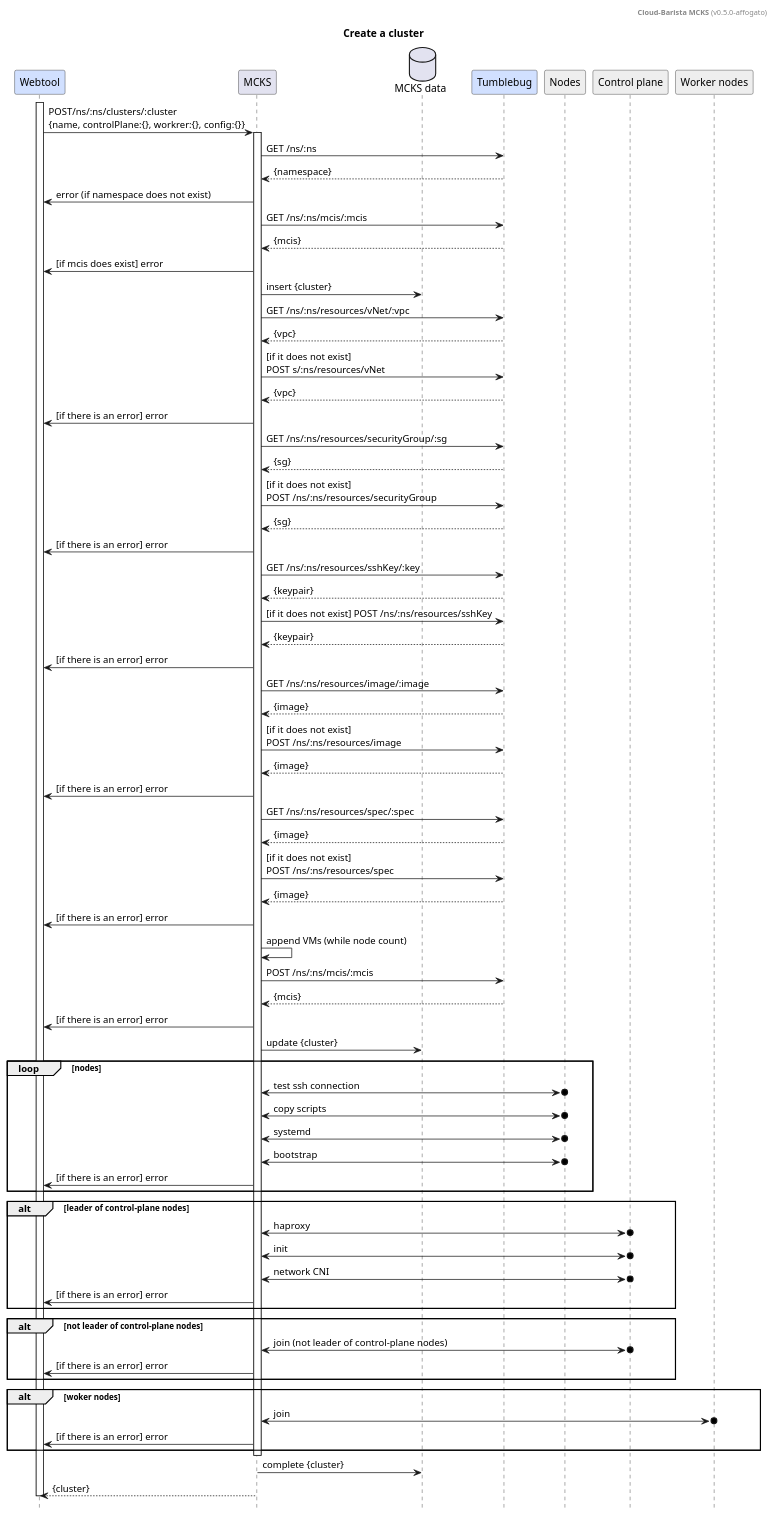
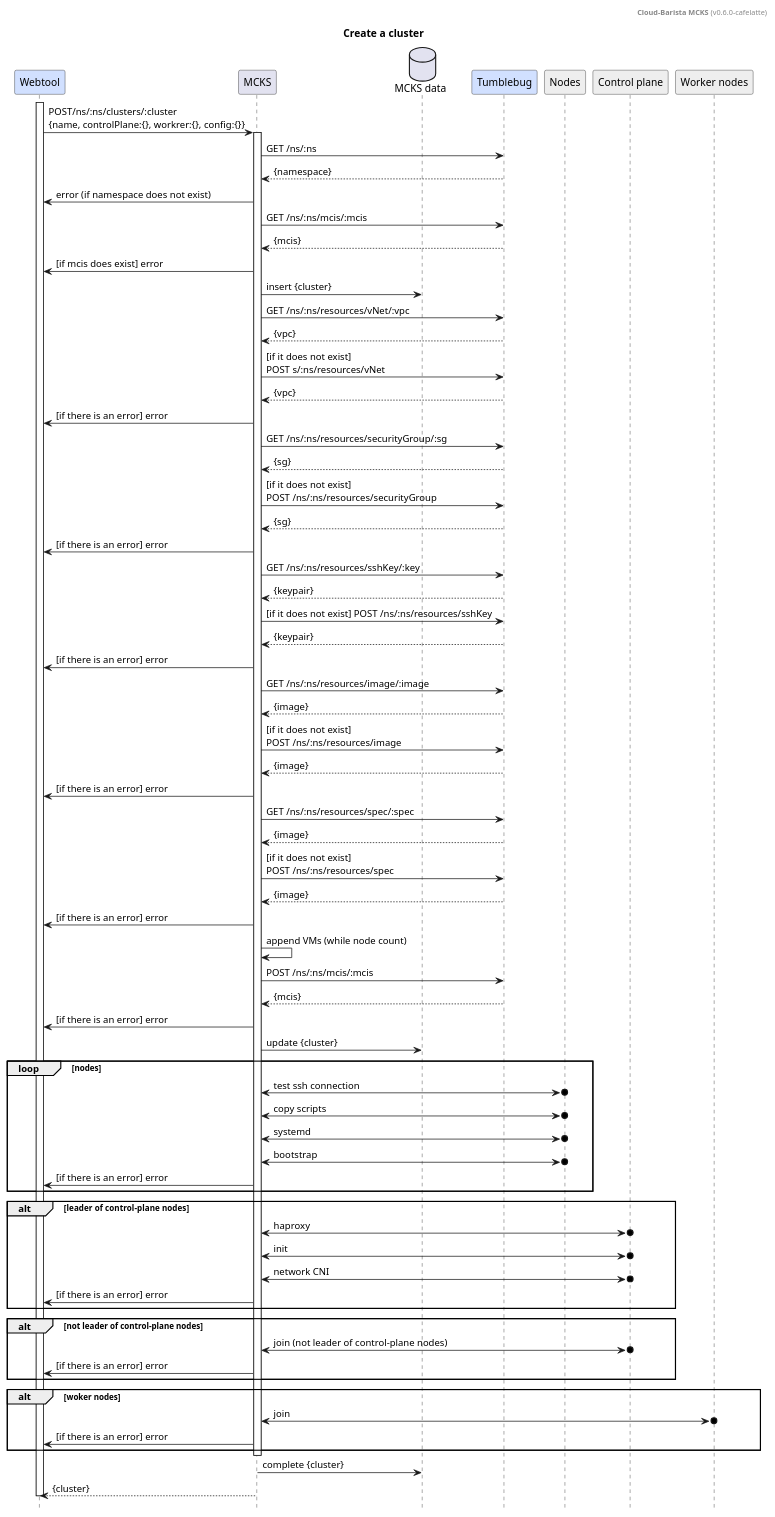
One commit to cloud-barista/cloud-barista changed the diagram in cb-mcks/docs/design/cluster-create.puml. Above: the diagram before and after it, drawn with PlantUML. The commit also changed 1166 other files, not shown here.

Commit message:
Release Cloud-Barista v0.6.0

```diff
--- a/cb-mcks/docs/design/cluster-create.puml
+++ b/cb-mcks/docs/design/cluster-create.puml
@@ -1,122 +1,122 @@
 @startuml
 
-header **Cloud-Barista MCKS** (v0.5.0-affogato)
+header **Cloud-Barista MCKS** (v0.6.0-cafelatte)
 title Create a cluster
 hide footbox
 
 participant	"Webtool"		as webtool		#d1e0ff
 
 participant	"MCKS"		as provider
 database	"MCKS data"	as db
 
 participant	"Tumblebug"		as tumblebug	#d1e0ff
 participant	"Nodes"			as nodes		#eeeeee
 participant	"Control plane"	as mNodes		#eeeeee
 participant	"Worker nodes"	as wNodes		#eeeeee
 
 skinparam sequence {
 	GroupColor DeepSkyBlue
 }
 
 
 activate webtool
 	webtool		->	provider		: POST/ns/:ns/clusters/:cluster\n{name, controlPlane:{}, workrer:{}, config:{}}
 
 
 		activate provider
 
 			'-- 1.infra
 			'-- 1.1. namespace
 			provider	->	tumblebug	: GET /ns/:ns
 			tumblebug	-->	provider	: {namespace}
 			provider	->	webtool		: error (if namespace does not exist)
 
 			'-- 1.2. MCIS
 			provider	->	tumblebug	: GET /ns/:ns/mcis/:mcis
 			tumblebug	-->	provider	: {mcis}
 			provider	->	webtool		: [if mcis does exist] error 
 
 			'-- 
 			provider	->	db			: insert {cluster}
 
 			'-- 1.3. vpc
 			provider	->	tumblebug	: GET /ns/:ns/resources/vNet/:vpc
 			tumblebug	-->	provider	: {vpc}
 			provider	->	tumblebug	: [if it does not exist]\nPOST s/:ns/resources/vNet
 			tumblebug	-->	provider	: {vpc}
 			provider	->	webtool		: [if there is an error] error
 
 			'-- 1.4. sg(fw)
 			provider	->	tumblebug	: GET /ns/:ns/resources/securityGroup/:sg
 			tumblebug	-->	provider	: {sg}
 			provider	->	tumblebug	: [if it does not exist]\nPOST /ns/:ns/resources/securityGroup
 			tumblebug	-->	provider	: {sg}
 			provider	->	webtool		: [if there is an error] error
 
 			'-- 1.5. ssh
 			provider	->	tumblebug	: GET /ns/:ns/resources/sshKey/:key
 			tumblebug	-->	provider	: {keypair}
 			provider	->	tumblebug	: [if it does not exist] POST /ns/:ns/resources/sshKey
 			tumblebug	-->	provider	: {keypair}
 			provider	->	webtool		: [if there is an error] error
 			
 			'-- 1.6. image
 			provider	->	tumblebug	: GET /ns/:ns/resources/image/:image
 			tumblebug	-->	provider	: {image}
 			provider	->	tumblebug 	: [if it does not exist]\nPOST /ns/:ns/resources/image
 			tumblebug	-->	provider	: {image}
 			provider	->	webtool		: [if there is an error] error
 
 			'-- 1.7. spec
 			provider	->	tumblebug	: GET /ns/:ns/resources/spec/:spec
 			tumblebug	-->	provider	: {image}
 			provider	->	tumblebug 	: [if it does not exist]\nPOST /ns/:ns/resources/spec
 			tumblebug	-->	provider	: {image}
 			provider	->	webtool		: [if there is an error] error
 
 			'-- 1.8. mcis (vm)
 			provider	->	provider	: append VMs (while node count)
 			provider	->	tumblebug	: POST /ns/:ns/mcis/:mcis
 			tumblebug	-->	provider	: {mcis}
 			provider	->	webtool		: [if there is an error] error
 
 			'--
 			provider	->	db						: update {cluster}
 
 			' -- 2.1. boostrap
 			loop nodes
 				provider	<->o	nodes		: test ssh connection
 				provider	<->o	nodes		: copy scripts
 				provider	<->o	nodes		: systemd
 				provider	<->o	nodes		: bootstrap
 				provider	->		webtool		: [if there is an error] error
 			end
 
 			' -- 2.2. 
 			alt leader of control-plane  nodes
 				provider	<->o	mNodes		: haproxy
 				provider	<->o	mNodes		: init
 				provider	<->o	mNodes		: network CNI
 				provider	->	webtool			: [if there is an error] error
 			end
 
 			' -- 2.3. 
 			alt not leader of control-plane nodes
 				provider	<->o	mNodes		: join (not leader of control-plane nodes)
 				provider	->	webtool			: [if there is an error] error
 			end
 
 			' -- 2.3. 
 			alt woker nodes
 				provider	<->o	wNodes		: join
 				provider	->	webtool			: [if there is an error] error
 			end
 
 		deactivate provider
 
 		provider	->	db						: complete {cluster}
 		provider	-->	webtool					: {cluster}
 
 deactivate webtool
 
 @enduml
```
